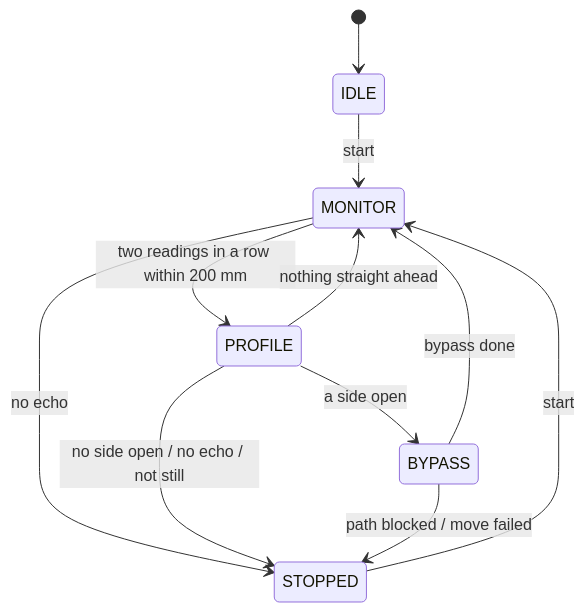
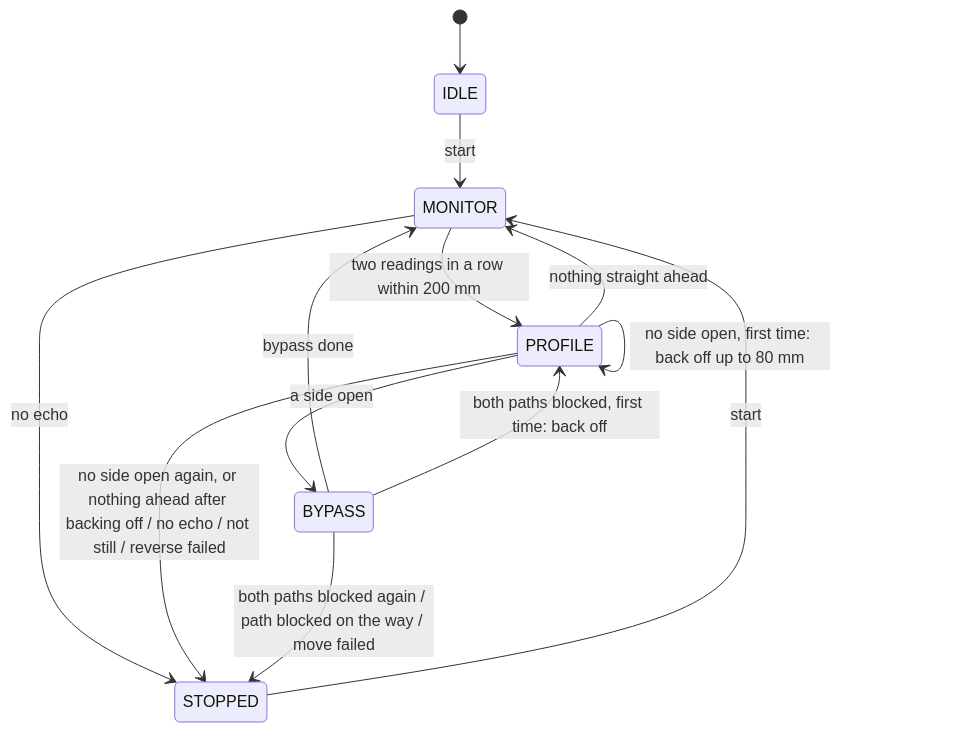
The fourth of 5 diagrams in docs/ARCHITECTURE.md (10x-Slackers/INF2004), drawn with Mermaid before and after one commit. The commit also changed other lines of this file and 65 other files, not shown here.

````diff
--- a/docs/ARCHITECTURE.md
+++ b/docs/ARCHITECTURE.md
@@ -194,13 +194,15 @@
 ```mermaid
 stateDiagram-v2
     [*] --> IDLE
     IDLE --> MONITOR: start
     MONITOR --> PROFILE: two readings in a row within 200 mm
     MONITOR --> STOPPED: no echo
     PROFILE --> MONITOR: nothing straight ahead
     PROFILE --> BYPASS: a side open
-    PROFILE --> STOPPED: no side open / no echo / not still
+    PROFILE --> PROFILE: no side open, first time: back off up to 80 mm
+    PROFILE --> STOPPED: no side open again, or nothing ahead after backing off / no echo / not still / reverse failed
     BYPASS --> MONITOR: bypass done
-    BYPASS --> STOPPED: path blocked / move failed
+    BYPASS --> PROFILE: both paths blocked, first time: back off
+    BYPASS --> STOPPED: both paths blocked again / path blocked on the way / move failed
     STOPPED --> MONITOR: start
 ```
````
